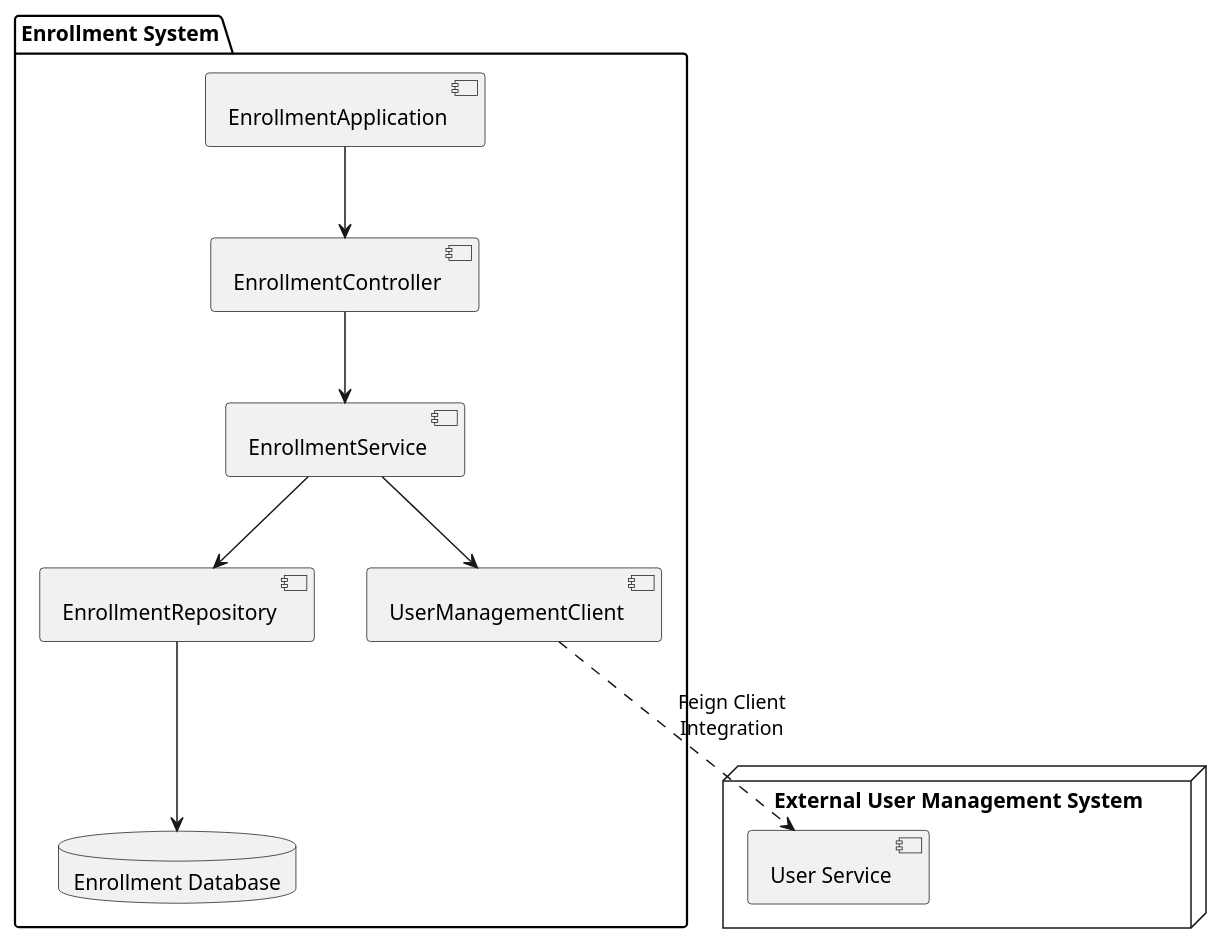
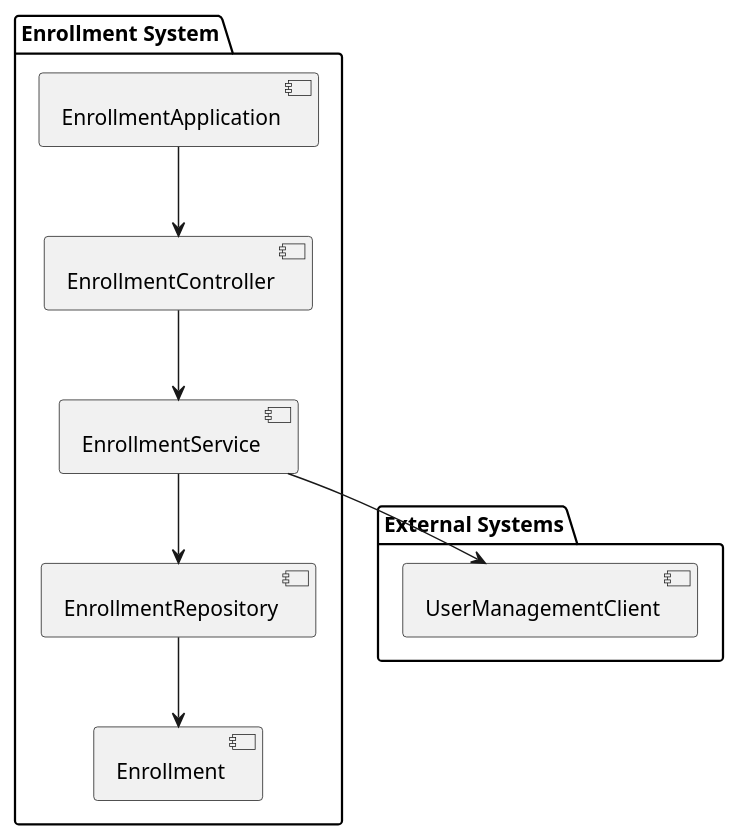
One commit to Dinesh-s95/AutoDoc.ai changed the diagram in enrollment/documentation/architecturedesign.adoc. Above: the diagram before and after it, drawn with PlantUML. The commit also changed other lines of this file and 4 other files, not shown here.

```diff
--- a/enrollment/documentation/architecturedesign.adoc
+++ b/enrollment/documentation/architecturedesign.adoc
@@ -7,25 +9,24 @@
-[plantuml, diagram-architecture, png]
-----
+[plantuml, diagram-arch, png]
+....
 @startuml
 package "Enrollment System" {
-  [EnrollmentApplication] as app
-  [EnrollmentController] as controller
-  [EnrollmentService] as service
-  [EnrollmentRepository] as repository
-  [UserManagementClient] as userClient
-  database "Enrollment Database" as database
+  [EnrollmentApplication] as App
+  [EnrollmentController] as Controller
+  [EnrollmentService] as Service
+  [EnrollmentRepository] as Repository
+  [Enrollment] as Entity
 
-  app --> controller
-  controller --> service
-  service --> repository
-  repository --> database
-  service --> userClient
+  App --> Controller
+  Controller --> Service
+  Service --> Repository
+  Repository --> Entity
 }
 
-node "External User Management System" {
-  [User Service] as userService
+package "External Systems" {
+  [UserManagementClient] as UserClient
 }
 
-userClient ..> userService : "Feign Client\nIntegration"
+Service --> UserClient
+
 @enduml
-----
+....
```
